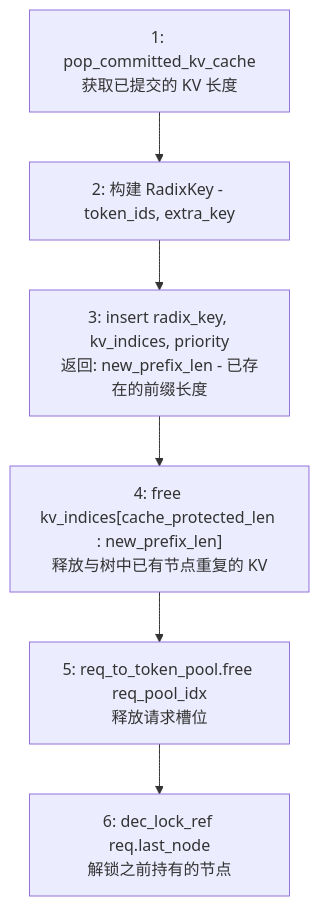
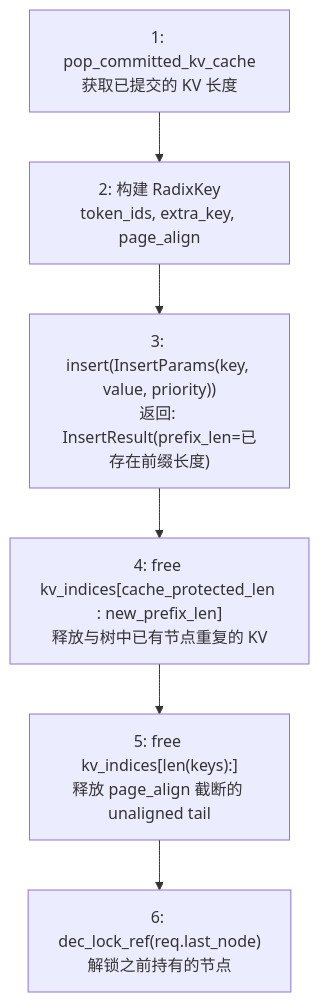
Before and after one commit to wesleyck/AIInfraNotes: the ninth of 19 diagrams in SGLang/07-radix-cache.md, drawn with Mermaid. The commit also changed other lines of this file and 26 other files, not shown here.

````diff
--- a/SGLang/07-radix-cache.md
+++ b/SGLang/07-radix-cache.md
@@ -368,11 +400,11 @@
 ```mermaid
 flowchart TD
     S1["1: pop_committed_kv_cache<br/>获取已提交的 KV 长度"]
-    S2["2: 构建 RadixKey - token_ids, extra_key"]
-    S3["3: insert radix_key, kv_indices, priority<br/>返回: new_prefix_len - 已存在的前缀长度"]
+    S2["2: 构建 RadixKey<br/>token_ids, extra_key, page_align"]
+    S3["3: insert(InsertParams(key, value, priority))<br/>返回: InsertResult(prefix_len=已存在前缀长度)"]
     S4["4: free kv_indices[cache_protected_len : new_prefix_len]<br/>释放与树中已有节点重复的 KV"]
-    S5["5: req_to_token_pool.free req_pool_idx<br/>释放请求槽位"]
-    S6["6: dec_lock_ref req.last_node<br/>解锁之前持有的节点"]
+    S5["5: free kv_indices[len(keys):]<br/>释放 page_align 截断的 unaligned tail"]
+    S6["6: dec_lock_ref(req.last_node)<br/>解锁之前持有的节点"]
 
     S1 --> S2 --> S3 --> S4 --> S5 --> S6
 ```
````
